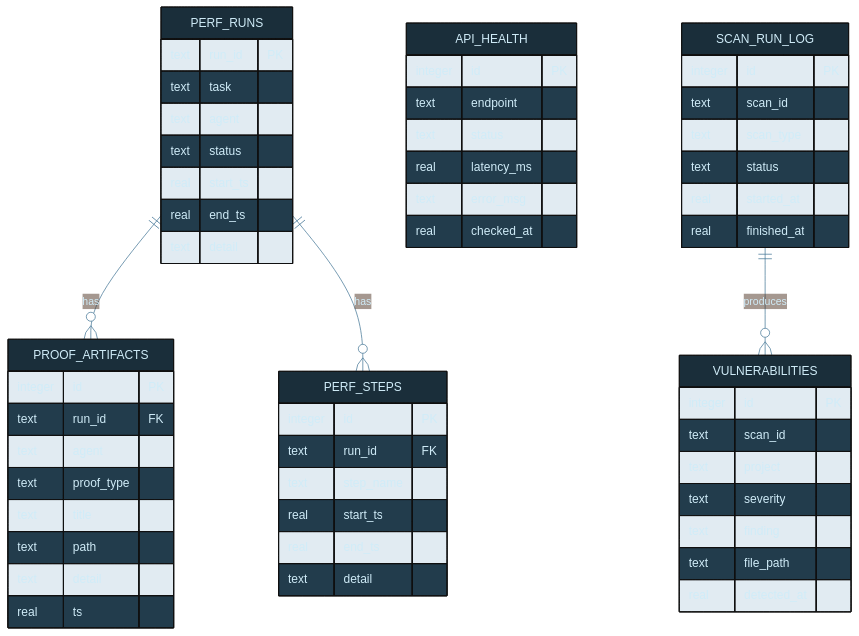
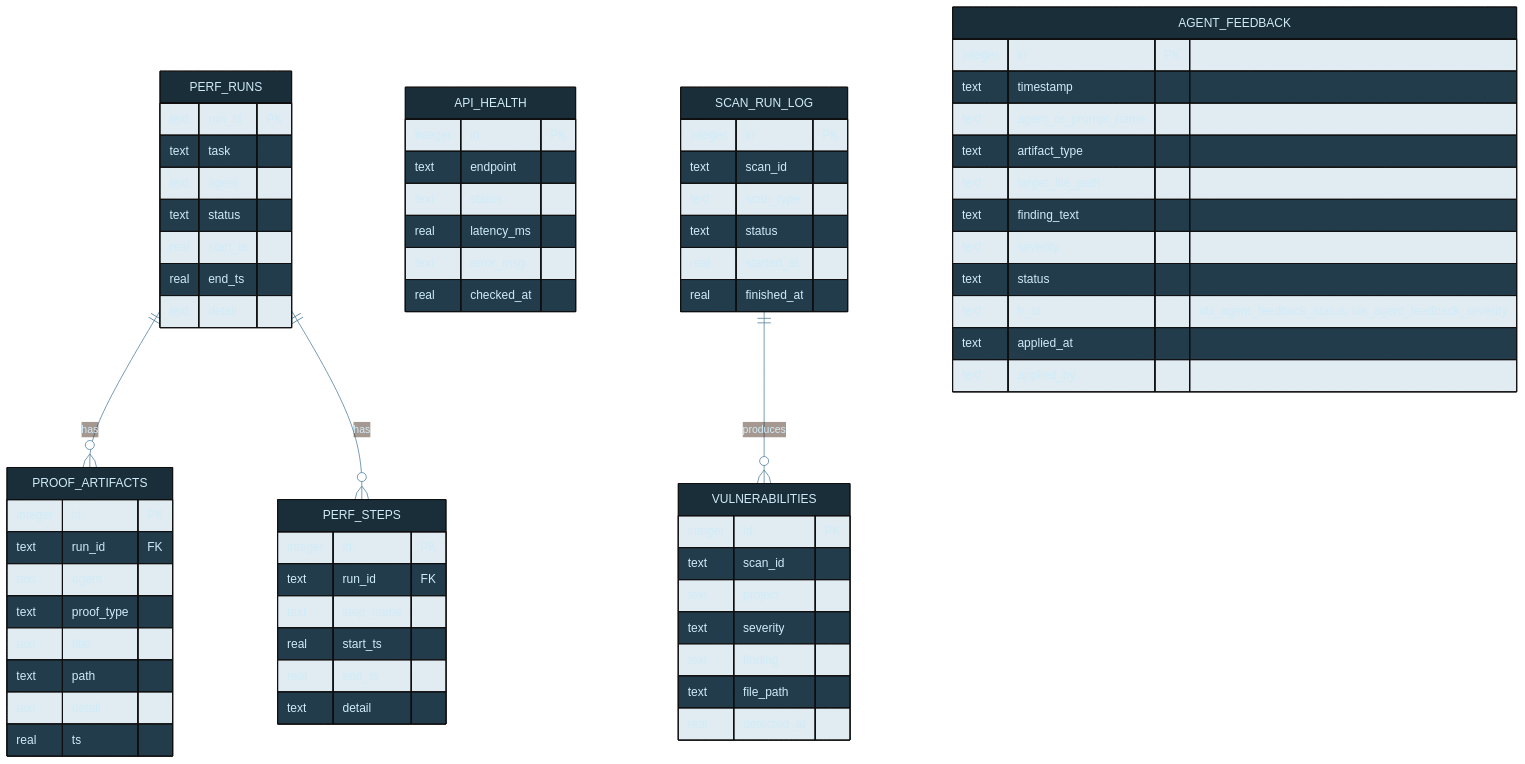
Before and after one commit to tylerdrakemusic/-Workspace: the diagram in diagrams/workspace-db-schema.mmd, drawn with Mermaid.

Commit message:
docs(diagrams): add AGENT_FEEDBACK entity to workspace-db-schema.mmd

```diff
--- a/diagrams/workspace-db-schema.mmd
+++ b/diagrams/workspace-db-schema.mmd
@@ -1,57 +1,70 @@
 %%{init: {'theme': 'base', 'themeVariables': {'primaryColor': '#1a2e3a', 'primaryTextColor': '#d0ecf8', 'edgeLabelBackground': '#0f1318', 'lineColor': '#4a7a9a'}}}%%
 erDiagram
     PERF_RUNS ||--o{ PROOF_ARTIFACTS : has
     PERF_RUNS ||--o{ PERF_STEPS : has
     PERF_RUNS {
         text run_id PK
         text task
         text agent
         text status
         real start_ts
         real end_ts
         text detail
     }
     PERF_STEPS {
         integer id PK
         text run_id FK
         text step_name
         real start_ts
         real end_ts
         text detail
     }
     PROOF_ARTIFACTS {
         integer id PK
         text run_id FK
         text agent
         text proof_type
         text title
         text path
         text detail
         real ts
     }
     API_HEALTH {
         integer id PK
         text endpoint
         text status
         real latency_ms
         text error_msg
         real checked_at
     }
     VULNERABILITIES {
         integer id PK
         text scan_id
         text project
         text severity
         text finding
         text file_path
         real detected_at
     }
     SCAN_RUN_LOG {
         integer id PK
         text scan_id
         text scan_type
         text status
         real started_at
         real finished_at
     }
     SCAN_RUN_LOG ||--o{ VULNERABILITIES : produces
+    AGENT_FEEDBACK {
+        integer id PK
+        text timestamp
+        text agent_or_prompt_name
+        text artifact_type
+        text target_file_path
+        text finding_text
+        text severity
+        text status
+        text fr_id "idx_agent_feedback_status, idx_agent_feedback_severity"
+        text applied_at
+        text applied_by
+    }
```
